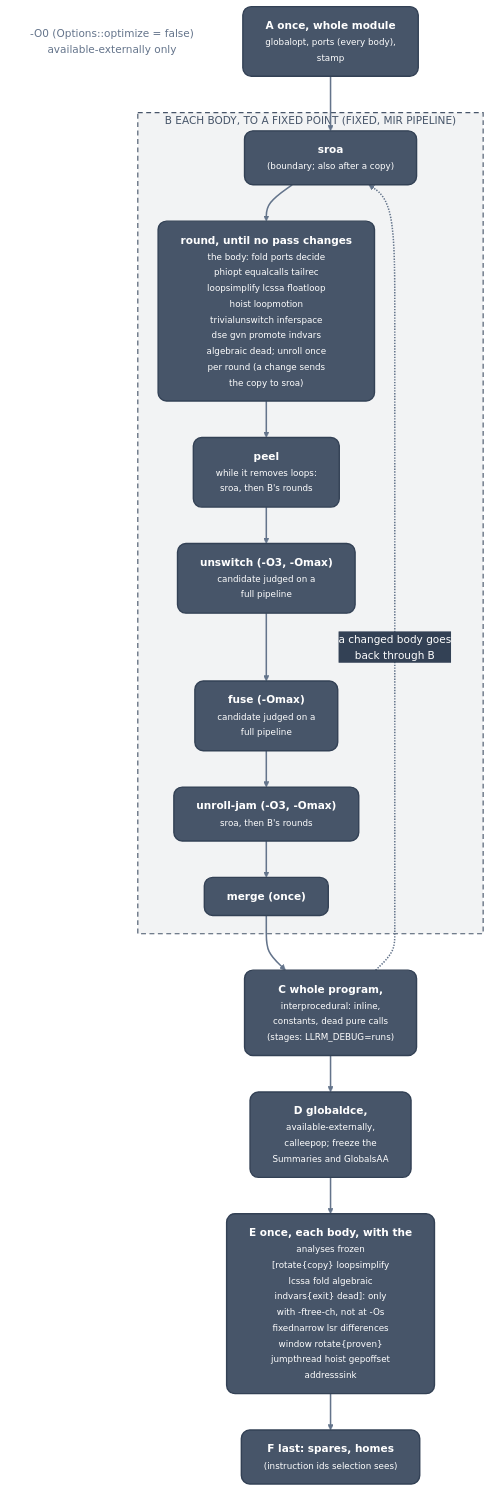
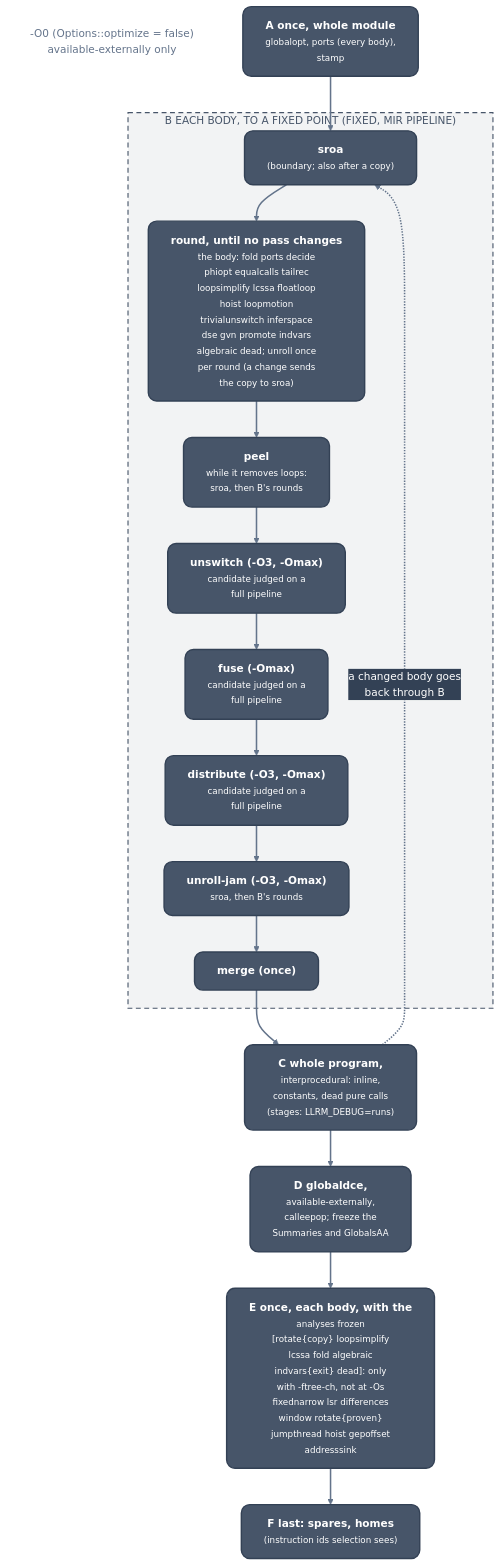
One commit to ali-mosavian/llrm changed the diagram in docs/optimizations/passes/pipeline.md. Above: the diagram before and after it, drawn with Mermaid. The commit also changed other lines of this file and 28 other files, not shown here.

````diff
--- a/docs/optimizations/passes/pipeline.md
+++ b/docs/optimizations/passes/pipeline.md
@@ -18,35 +18,37 @@
 ```mermaid
 %%{init: {'theme':'base','themeVariables':{'fontFamily':'Segoe UI, Helvetica Neue, Arial, DejaVu Sans, sans-serif','fontSize':'15px','primaryColor':'#475569','primaryTextColor':'#ffffff','primaryBorderColor':'#334155','lineColor':'#64748b','secondaryColor':'#475569','tertiaryColor':'transparent','clusterBkg':'transparent','clusterBorder':'#64748b','edgeLabelBackground':'#334155','textColor':'#64748b','titleColor':'#64748b'},'flowchart':{'curve':'basis','nodeSpacing':38,'rankSpacing':52,'padding':16,'wrappingWidth':360,'htmlLabels':true,'useMaxWidth':true}}}%%
 flowchart TB
   classDef mid fill:#475569,stroke:#334155,stroke-width:2px,color:#ffffff,rx:12px,ry:12px
   classDef note fill:transparent,stroke:transparent,color:#64748b
   linkStyle default stroke:#64748b,stroke-width:2.2px
   o0["-O0 (Options::optimize = false)<br/>available-externally only"]:::note
   a["<b>A  once, whole module</b><br/><small>globalopt, ports (every body),<br/>stamp</small>"]:::mid
   subgraph g_b["B  EACH BODY, TO A FIXED POINT (FIXED, MIR PIPELINE)"]
     sroa["<b>sroa</b><br/><small>(boundary#59; also after a copy)</small>"]:::mid
     rnd["<b>round, until no pass changes</b><br/><small>the body: fold ports decide<br/>phiopt equalcalls tailrec<br/>loopsimplify lcssa floatloop<br/>hoist loopmotion<br/>trivialunswitch inferspace<br/>dse gvn promote indvars<br/>algebraic dead#59; unroll once<br/>per round (a change sends<br/>the copy to sroa)</small>"]:::mid
     peel["<b>peel</b><br/><small>while it removes loops:<br/>sroa, then B's rounds</small>"]:::mid
     unsw["<b>unswitch (-O3, -Omax)</b><br/><small>candidate judged on a<br/>full pipeline</small>"]:::mid
+    dist["<b>distribute (-O3, -Omax)</b><br/><small>candidate judged on a<br/>full pipeline</small>"]:::mid
     fuse["<b>fuse (-Omax)</b><br/><small>candidate judged on a<br/>full pipeline</small>"]:::mid
     jam["<b>unroll-jam (-O3, -Omax)</b><br/><small>sroa, then B's rounds</small>"]:::mid
     mrg["<b>merge (once)</b>"]:::mid
   end
   c["<b>C  whole program,</b><br/><small>interprocedural: inline,<br/>constants, dead pure calls<br/>(stages: LLRM_DEBUG=runs)</small>"]:::mid
   d["<b>D  globaldce,</b><br/><small>available-externally,<br/>calleepop#59; freeze the<br/>Summaries and GlobalsAA</small>"]:::mid
   e["<b>E  once, each body, with the</b><br/><small>analyses frozen<br/>[rotate#123;copy#125; loopsimplify<br/>lcssa fold algebraic<br/>indvars#123;exit#125; dead]: only<br/>with -ftree-ch, not at -Os<br/>fixednarrow lsr differences<br/>window rotate#123;proven#125;<br/>jumpthread hoist gepoffset<br/>addresssink</small>"]:::mid
   f["<b>F  last: spares, homes</b><br/><small>(instruction ids selection sees)</small>"]:::mid
   a --> sroa
   sroa --> rnd
   rnd --> peel
   peel --> unsw
   unsw --> fuse
-  fuse --> jam
+  fuse --> dist
+  dist --> jam
   jam --> mrg
   mrg --> c
   c -.->|"a changed body goes<br/>back through B"| sroa
   c --> d
   d --> e
   e --> f
   style g_b fill:#47556912,stroke:#475569,stroke-width:1.6px,stroke-dasharray:7 5,color:#475569
 ```
````
